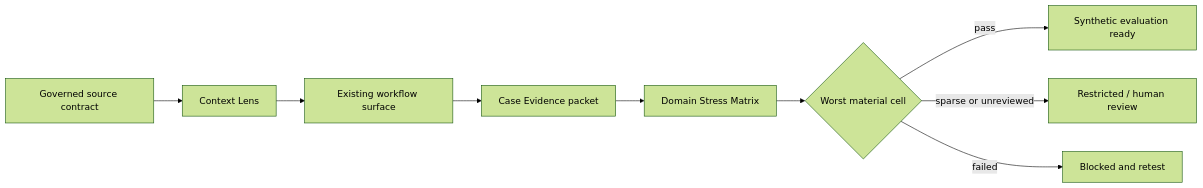
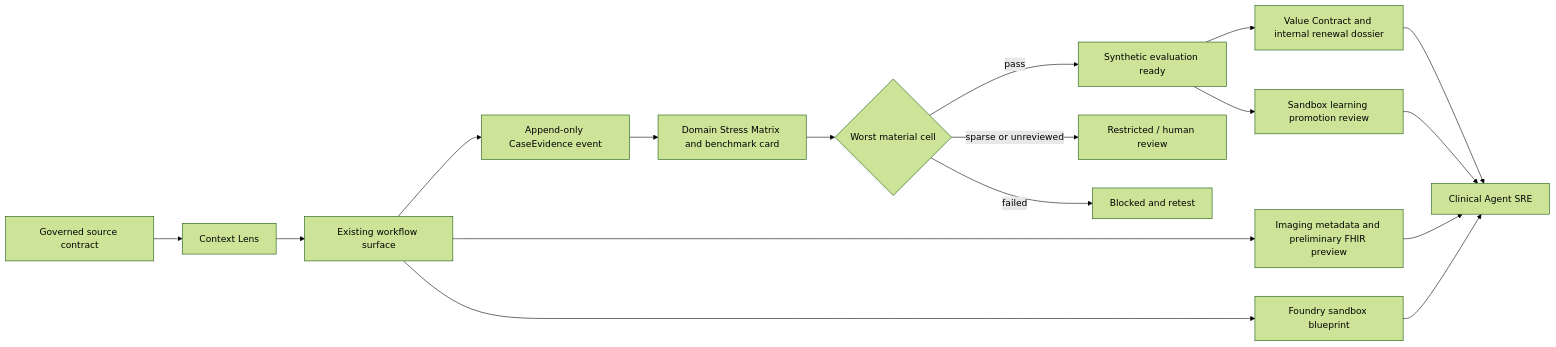
One commit to temitayodahunsi777/scrimed-site changed the diagram in docs/scrimed-p31-applied-intelligence.md. Above: the diagram before and after it, drawn with Mermaid (forest theme). The commit also changed other lines of this file and 171 other files, not shown here.

````diff
--- a/docs/scrimed-p31-applied-intelligence.md
+++ b/docs/scrimed-p31-applied-intelligence.md
@@ -43,11 +77,19 @@
 ```mermaid
 flowchart LR
   A["Governed source contract"] --> B["Context Lens"]
   B --> C["Existing workflow surface"]
-  C --> D["Case Evidence packet"]
-  D --> E["Domain Stress Matrix"]
+  C --> D["Append-only CaseEvidence event"]
+  C --> J["Imaging metadata and preliminary FHIR preview"]
+  C --> K["Foundry sandbox blueprint"]
+  D --> E["Domain Stress Matrix and benchmark card"]
   E --> F{"Worst material cell"}
   F -->|pass| G["Synthetic evaluation ready"]
   F -->|sparse or unreviewed| H["Restricted / human review"]
   F -->|failed| I["Blocked and retest"]
+  G --> L["Value Contract and internal renewal dossier"]
+  G --> M["Sandbox learning promotion review"]
+  J --> N["Clinical Agent SRE"]
+  K --> N
+  L --> N
+  M --> N
 ```
````
